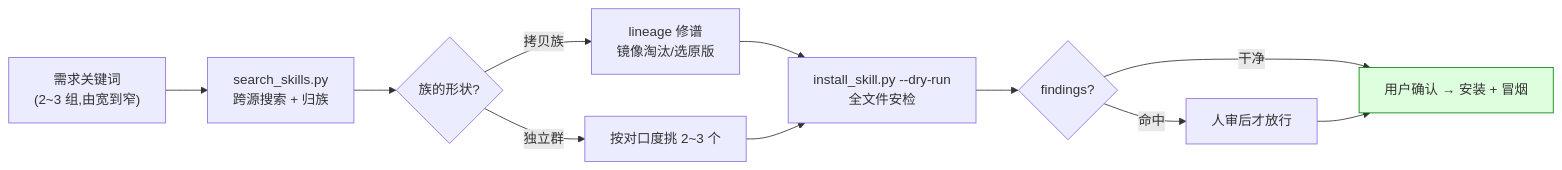
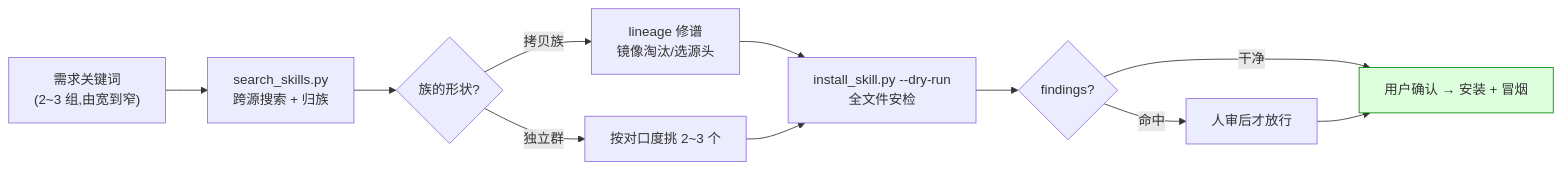
Before and after one commit to a28939876-max/world-aid: the diagram in README.md, drawn with Mermaid. The commit also changed other lines of this file and 1 other file, not shown here.

````diff
--- a/README.md
+++ b/README.md
@@ -51,14 +90,14 @@
 ```mermaid
 flowchart LR
     A["需求关键词<br/>(2~3 组,由宽到窄)"] --> B["search_skills.py<br/>跨源搜索 + 归族"]
     B --> C{"族的形状?"}
-    C -- "拷贝族" --> D["lineage 修谱<br/>镜像淘汰/选原版"]
+    C -- "拷贝族" --> D["lineage 修谱<br/>镜像淘汰/选源头"]
     C -- "独立群" --> E["按对口度挑 2~3 个"]
     D --> F["install_skill.py --dry-run<br/>全文件安检"]
     E --> F
     F --> G{"findings?"}
     G -- "命中" --> H["人审后才放行"]
     G -- "干净" --> I["用户确认 → 安装 + 冒烟"]
     H --> I
     style I fill:#dfd,stroke:#080
 ```
````
